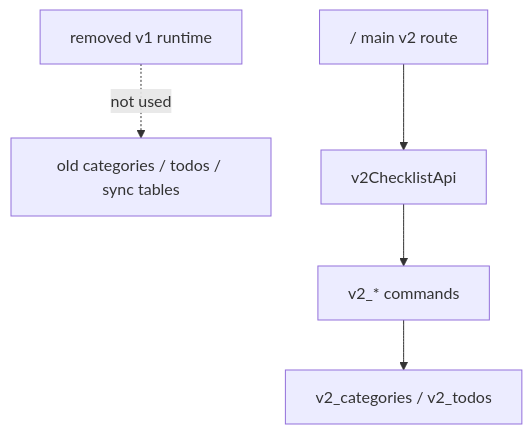
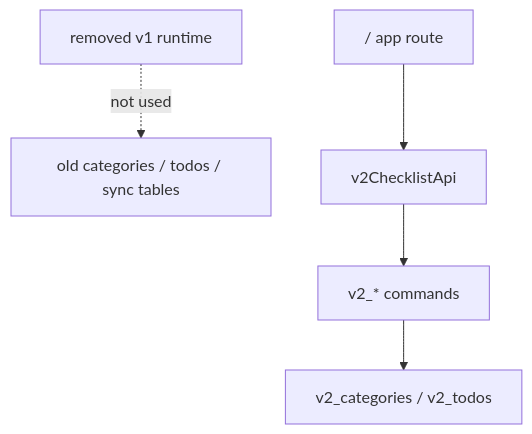
The second of 3 diagrams in docs/v2-notes/001-local-checklist-boundary.md (U-Keun/Tickly), drawn with Mermaid before and after one commit. The commit also changed other lines of this file and 14 other files, not shown here.

````diff
--- a/docs/v2-notes/001-local-checklist-boundary.md
+++ b/docs/v2-notes/001-local-checklist-boundary.md
@@ -23,7 +23,7 @@
 ```mermaid
 flowchart TB
   V1["removed v1 runtime"] -. "not used" .-> V1Tables["old categories / todos / sync tables"]
-  V2["/ main v2 route"] --> V2Api["v2ChecklistApi"]
+  V2["/ app route"] --> V2Api["v2ChecklistApi"]
   V2Api --> V2Commands["v2_* commands"]
   V2Commands --> V2Tables["v2_categories / v2_todos"]
 ```
````
